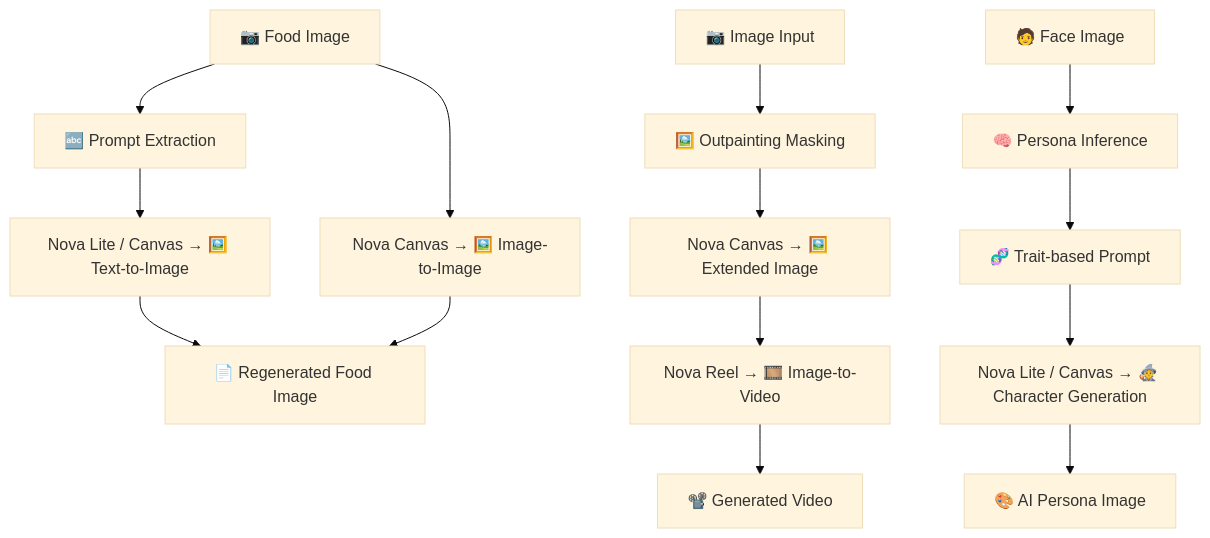
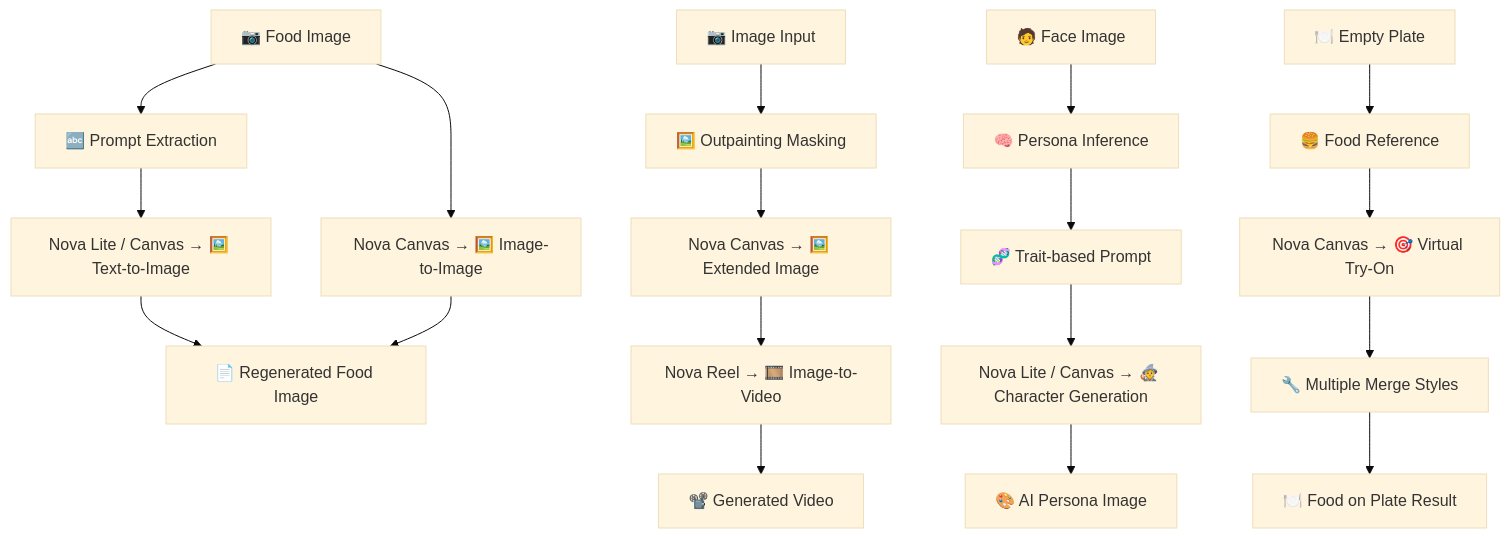
Before and after one commit to vincetse/amazon-nova-samples: the diagram in multimodal-generation/sample-apps/01-aws-summit-seoul-2025-comicai-studio/tooncraft/README.md, drawn with Mermaid (base theme). The commit also changed other lines of this file and 1 other file, not shown here.

````diff
--- a/multimodal-generation/sample-apps/01-aws-summit-seoul-2025-comicai-studio/tooncraft/README.md
+++ b/multimodal-generation/sample-apps/01-aws-summit-seoul-2025-comicai-studio/tooncraft/README.md
@@ -17,21 +18,27 @@
 ```mermaid
 graph TD
   %% Food Image Regeneration Flow
   A1[📷 Food Image] --> B1[🔤 Prompt Extraction]
   B1 --> C1[Nova Lite / Canvas → 🖼️ Text-to-Image]
   A1 --> D1[Nova Canvas → 🖼️ Image-to-Image]
   C1 --> E1[📄 Regenerated Food Image]
   D1 --> E1
 
   %% Outpainting + Video Generation Flow
   A2[📷 Image Input] --> B2[🖼️ Outpainting Masking]
   B2 --> C2[Nova Canvas → 🖼️ Extended Image]
   C2 --> D2[Nova Reel → 🎞️ Image-to-Video]
   D2 --> E2[📽️ Generated Video]
 
   %% Face to Persona Character Flow
   A3[🧑 Face Image] --> B3[🧠 Persona Inference]
   B3 --> C3[🧬 Trait-based Prompt]
   C3 --> D3[Nova Lite / Canvas → 🧙 Character Generation]
   D3 --> E3[🎨 AI Persona Image]
+
+  %% Virtual Try-On Food Flow
+  A4[🍽️ Empty Plate] --> B4[🍔 Food Reference]
+  B4 --> C4[Nova Canvas → 🎯 Virtual Try-On]
+  C4 --> D4[🔧 Multiple Merge Styles]
+  D4 --> E4[🍽️ Food on Plate Result]
 ```
````
